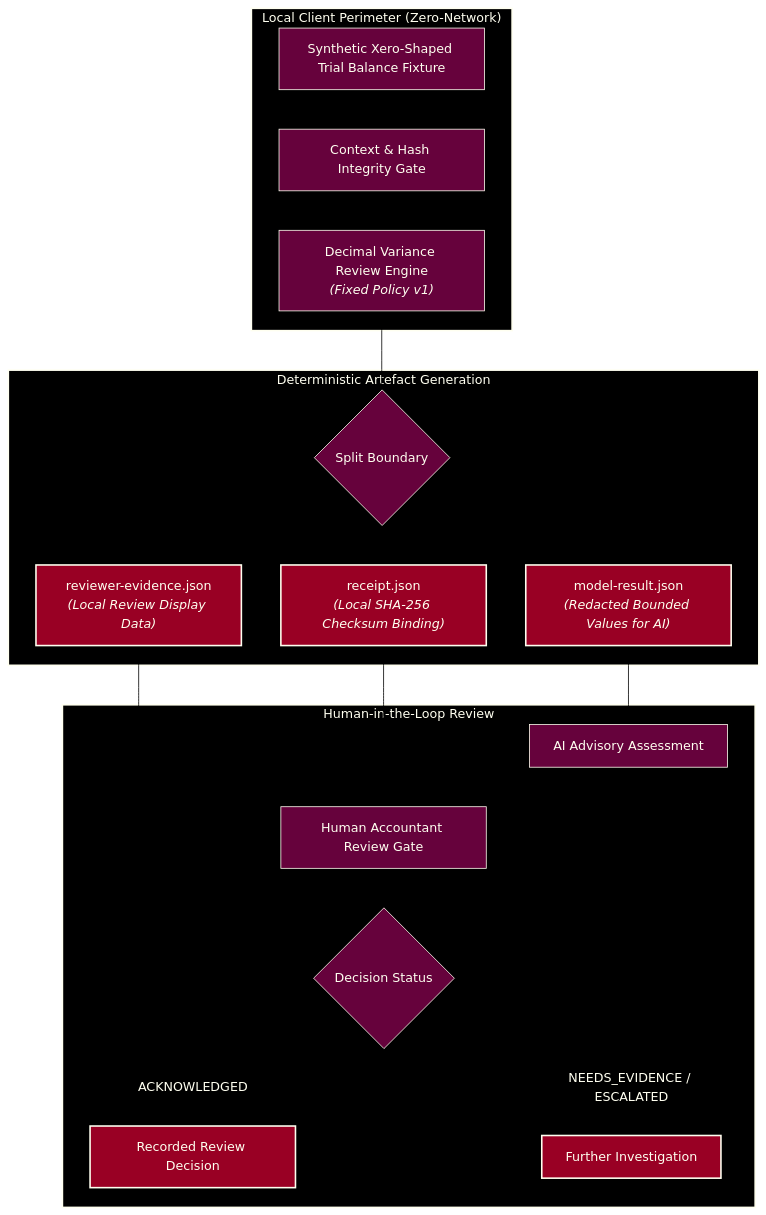
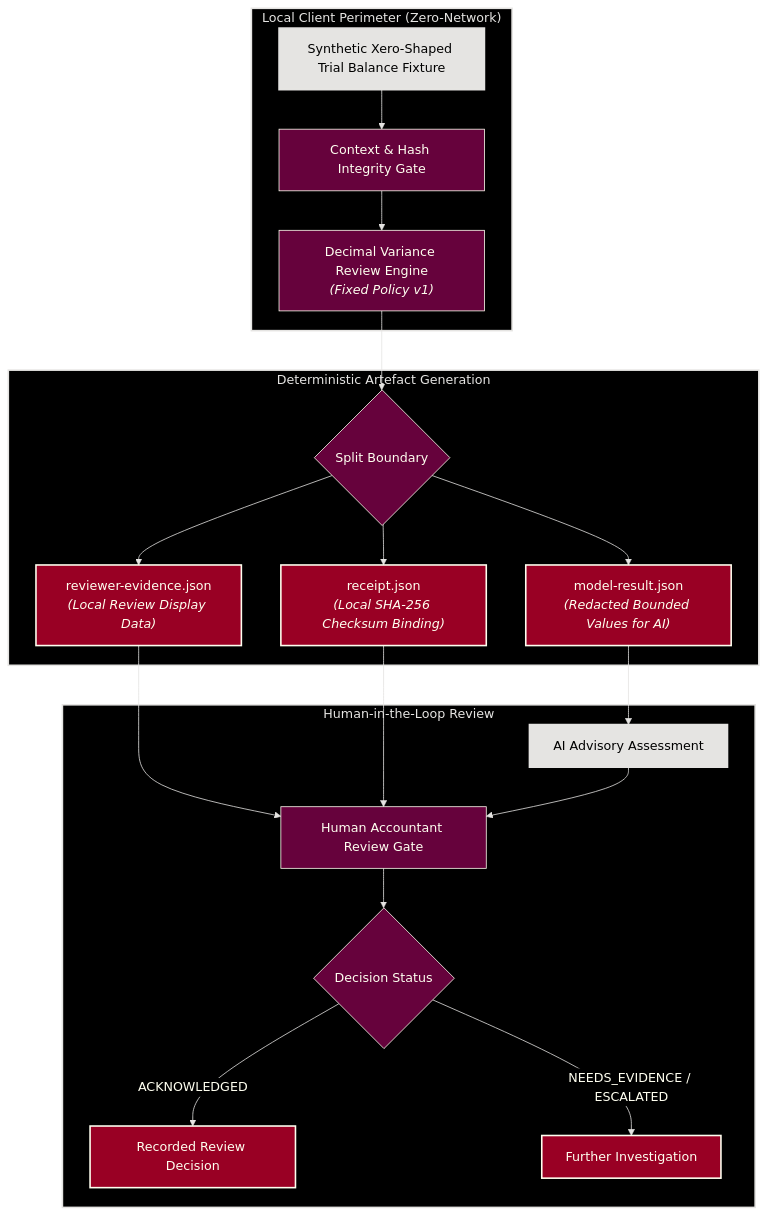
The diagram in packages/elizabeth-anne-alexander/README.md (ryanduguid/accounting-review-pipeline), drawn with Mermaid before and after one commit. The commit also changed 4 other files, not shown here.

Commit message:
Add platinum to the Mermaid diagrams

````diff
--- a/packages/elizabeth-anne-alexander/README.md
+++ b/packages/elizabeth-anne-alexander/README.md
@@ -50,32 +50,34 @@
 ```mermaid
 flowchart TD
-%%{init: {"theme": "base", "look": "classic", "themeVariables": {"background": "#000000", "primaryColor": "#66023C", "primaryTextColor": "#FFFFF0", "primaryBorderColor": "#FFFFF0", "lineColor": "#000000", "textColor": "#FFFFF0", "edgeLabelBackground": "#000000", "clusterBkg": "#000000", "clusterBorder": "#FFFFF0", "titleColor": "#FFFFF0"}, "themeCSS": ".flowchart-link, .relationshipLine, marker path { filter: drop-shadow(0px 1px 0px #FFFFF0) drop-shadow(0px -1px 0px #FFFFF0) drop-shadow(1px 0px 0px #FFFFF0) drop-shadow(-1px 0px 0px #FFFFF0); }"}}%%
+%%{init: {"theme": "base", "look": "classic", "themeVariables": {"background": "#000000", "primaryColor": "#66023C", "primaryTextColor": "#FFFFF0", "primaryBorderColor": "#FFFFF0", "lineColor": "#E5E4E2", "textColor": "#FFFFF0", "edgeLabelBackground": "#000000", "clusterBkg": "#000000", "clusterBorder": "#E5E4E2", "titleColor": "#E5E4E2"}}}%%
     subgraph ClientPerimeter ["Local Client Perimeter (Zero-Network)"]
         Raw["Synthetic Xero-Shaped Trial Balance Fixture"] --> Validate["Context & Hash Integrity Gate"]
         Validate --> Engine["Decimal Variance Review Engine<br/><i>(Fixed Policy v1)</i>"]
     end
 
     subgraph ArtifactSplit ["Deterministic Artefact Generation"]
         Engine --> Split{"Split Boundary"}
         Split --> Model["model-result.json<br/><i>(Redacted Bounded Values for AI)</i>"]
         Split --> Evidence["reviewer-evidence.json<br/><i>(Local Review Display Data)</i>"]
         Split --> Receipt["receipt.json<br/><i>(Local SHA-256 Checksum Binding)</i>"]
     end
 
     subgraph Governance ["Human-in-the-Loop Review"]
         Model --> LLM["AI Advisory Assessment"]
         Evidence & Receipt & LLM --> Reviewer["Human Accountant Review Gate"]
         Reviewer --> Decision{"Decision Status"}
         Decision -->|ACKNOWLEDGED| Done["Recorded Review Decision"]
         Decision -->|NEEDS_EVIDENCE / ESCALATED| Action["Further Investigation"]
     end
 
-    style ClientPerimeter fill:#000000,stroke:#FFFFF0,stroke-width:2px,color:#FFFFF0
-    style ArtifactSplit fill:#000000,stroke:#FFFFF0,stroke-width:2px,color:#FFFFF0
-    style Governance fill:#000000,stroke:#FFFFF0,stroke-width:2px,color:#FFFFF0
+    style ClientPerimeter fill:#000000,stroke:#E5E4E2,stroke-width:2px,color:#E5E4E2
+    style ArtifactSplit fill:#000000,stroke:#E5E4E2,stroke-width:2px,color:#E5E4E2
+    style Governance fill:#000000,stroke:#E5E4E2,stroke-width:2px,color:#E5E4E2
     style Model fill:#990024,stroke:#FFFFF0,stroke-width:2px,color:#FFFFF0
     style Evidence fill:#990024,stroke:#FFFFF0,stroke-width:2px,color:#FFFFF0
     style Receipt fill:#990024,stroke:#FFFFF0,stroke-width:2px,color:#FFFFF0
     style Done fill:#990024,stroke:#FFFFF0,stroke-width:2px,color:#FFFFF0
     style Action fill:#990024,stroke:#FFFFF0,stroke-width:2px,color:#FFFFF0
+    classDef external fill:#E5E4E2,stroke:#E5E4E2,stroke-width:2px,color:#000000
+    class Raw,LLM external
 ```
````
